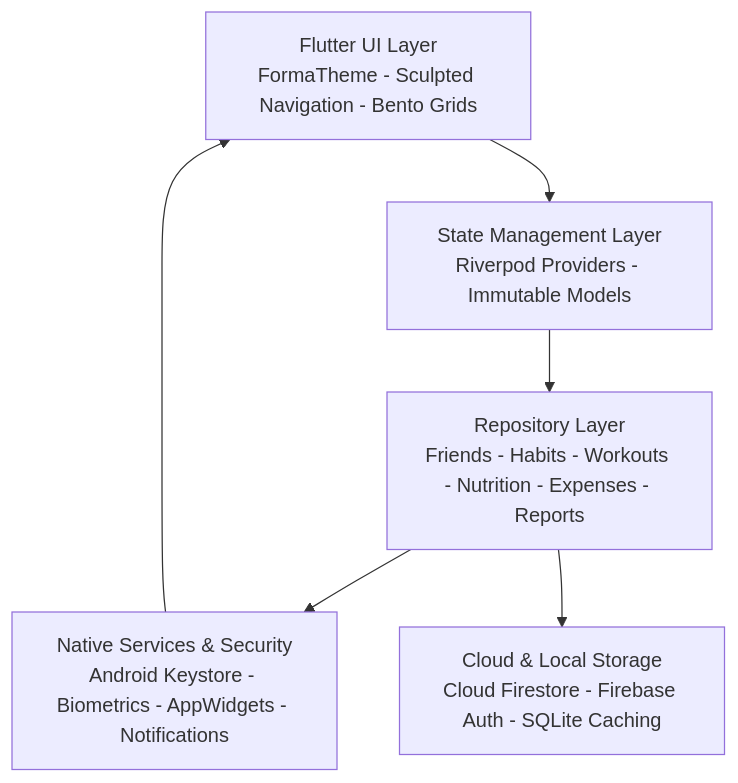
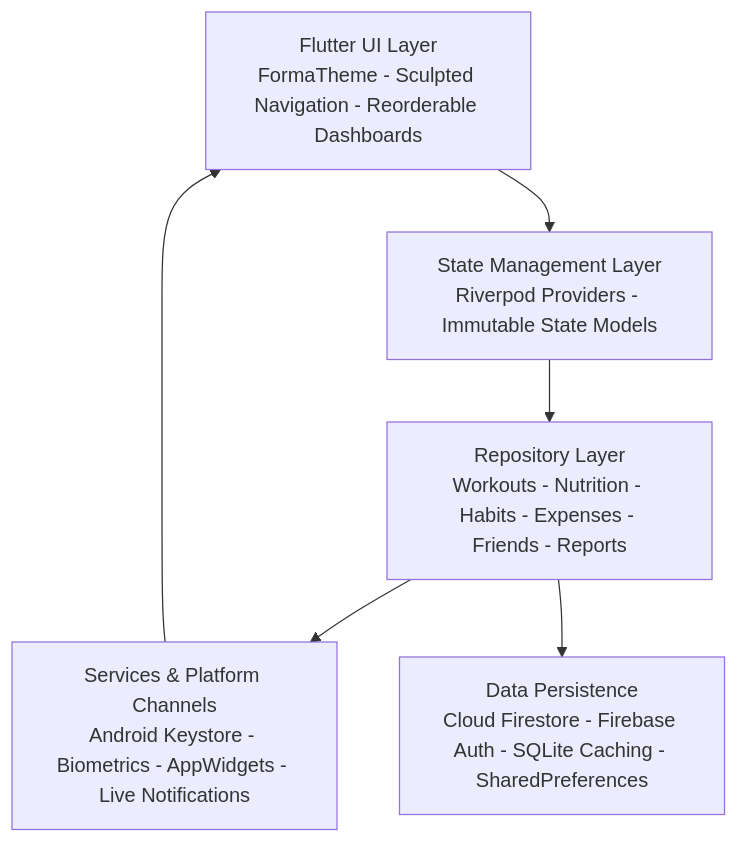
The diagram in README.md (anandakrishnano-bit/FORMA), drawn with Mermaid before and after one commit. The commit also changed other lines of this file and 6 other files, not shown here.

Commit message:
feat(ux): redesign onboarding flow, humanize UI copy, and rewrite README

````diff
--- a/README.md
+++ b/README.md
@@ -127,14 +218,14 @@
 ```mermaid
 graph TD
-    UI[Flutter UI Layer<br/>FormaTheme - Sculpted Navigation - Bento Grids]
-    State[State Management Layer<br/>Riverpod Providers - Immutable Models]
-    Repo[Repository Layer<br/>Friends - Habits - Workouts - Nutrition - Expenses - Reports]
-    Services[Native Services & Security<br/>Android Keystore - Biometrics - AppWidgets - Notifications]
-    Backend[Cloud & Local Storage<br/>Cloud Firestore - Firebase Auth - SQLite Caching]
+    UI[Flutter UI Layer<br/>FormaTheme - Sculpted Navigation - Reorderable Dashboards]
+    State[State Management Layer<br/>Riverpod Providers - Immutable State Models]
+    Repo[Repository Layer<br/>Workouts - Nutrition - Habits - Expenses - Friends - Reports]
+    Services[Services & Platform Channels<br/>Android Keystore - Biometrics - AppWidgets - Live Notifications]
+    Storage[Data Persistence<br/>Cloud Firestore - Firebase Auth - SQLite Caching - SharedPreferences]
 
     UI --> State
     State --> Repo
     Repo --> Services
-    Repo --> Backend
+    Repo --> Storage
     Services --> UI
 ```
````
